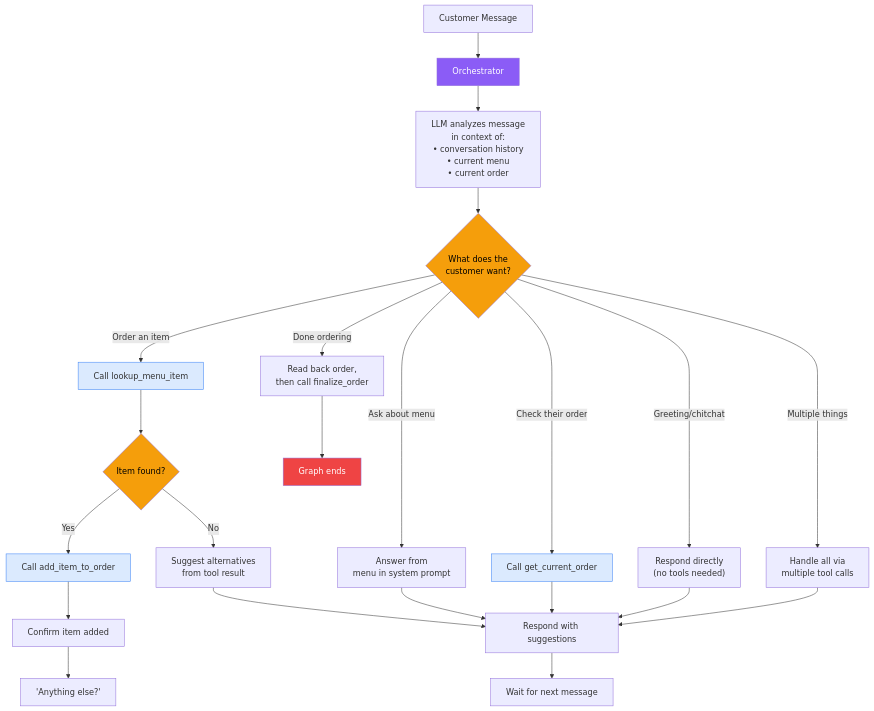
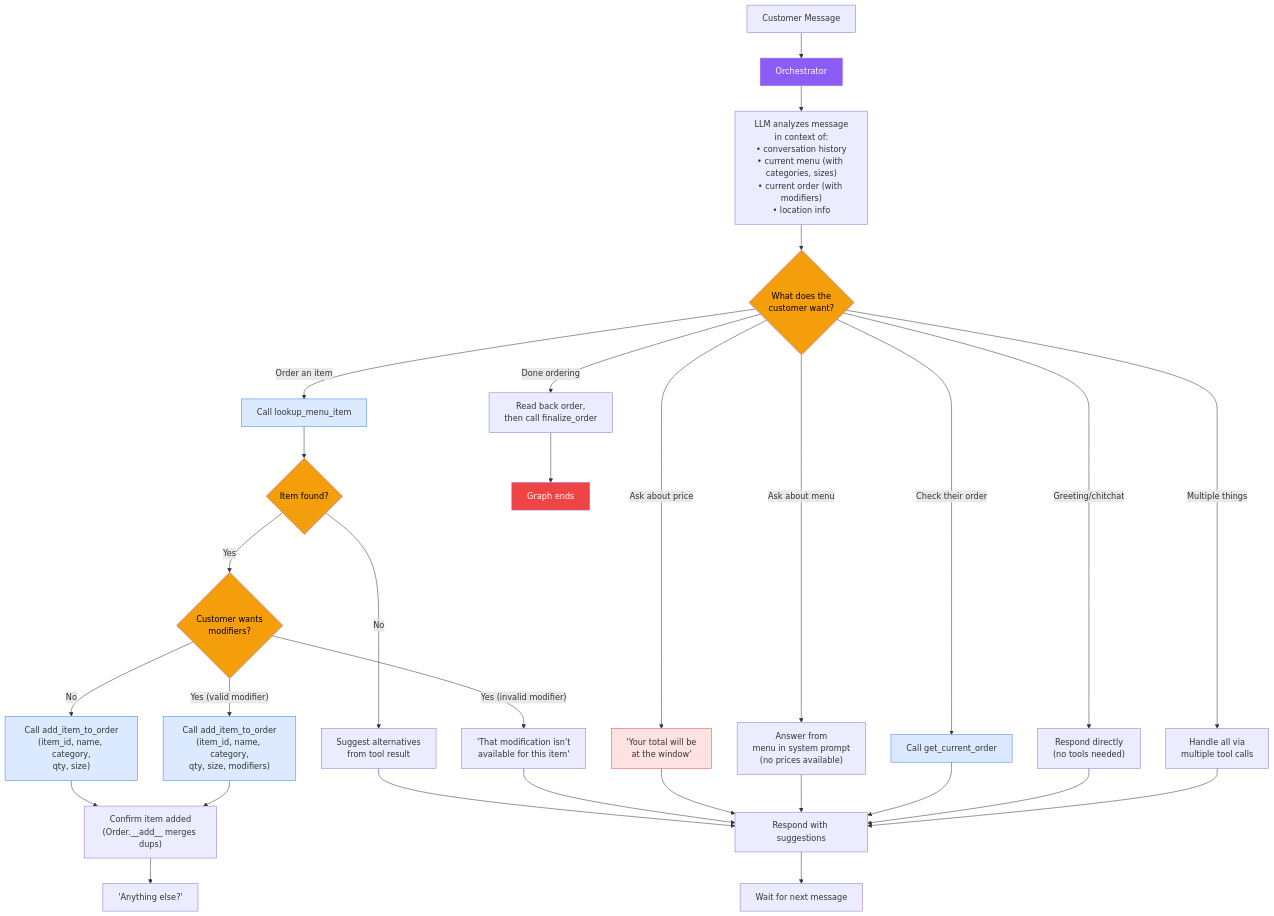
Before and after one commit to seanreed1111/mcdonalds-drive-thru-bot: the tenth of 12 diagrams in docs/thoughts/target-implementation/v1/langgraph-state-diagrams-v1.md, drawn with Mermaid. The commit also changed other lines of this file and 3 other files, not shown here.

Commit message:
adds more planning docs about state persistence. also adds Order.__add__ to add order to item

````diff
--- a/docs/thoughts/target-implementation/v1/langgraph-state-diagrams-v1.md
+++ b/docs/thoughts/target-implementation/v1/langgraph-state-diagrams-v1.md
@@ -377,39 +441,50 @@
 ```mermaid
 flowchart TD
     Input["Customer Message"] --> Orchestrator
 
-    Orchestrator --> Analyze["LLM analyzes message<br/>in context of:<br/>• conversation history<br/>• current menu<br/>• current order"]
+    Orchestrator --> Analyze["LLM analyzes message<br/>in context of:<br/>• conversation history<br/>• current menu (with categories, sizes)<br/>• current order (with modifiers)<br/>• location info"]
 
     Analyze --> WhatToDo{"What does the<br/>customer want?"}
 
     WhatToDo -->|"Order an item"| LookupFirst["Call lookup_menu_item"]
-    WhatToDo -->|"Ask about menu"| AnswerFromContext["Answer from<br/>menu in system prompt"]
+    WhatToDo -->|"Ask about menu"| AnswerFromContext["Answer from<br/>menu in system prompt<br/>(no prices available)"]
+    WhatToDo -->|"Ask about price"| NoPrice["'Your total will be<br/>at the window'"]
     WhatToDo -->|"Check their order"| CallGetOrder["Call get_current_order"]
     WhatToDo -->|"Done ordering"| ReadBack["Read back order,<br/>then call finalize_order"]
     WhatToDo -->|"Greeting/chitchat"| Respond["Respond directly<br/>(no tools needed)"]
     WhatToDo -->|"Multiple things"| HandleAll["Handle all via<br/>multiple tool calls"]
 
     LookupFirst --> Found{"Item found?"}
-    Found -->|Yes| CallAdd["Call add_item_to_order"]
+    Found -->|Yes| HasMods{"Customer wants<br/>modifiers?"}
     Found -->|No| SuggestAlt["Suggest alternatives<br/>from tool result"]
 
-    CallAdd --> ConfirmToCustomer["Confirm item added"]
+    HasMods -->|"Yes (valid modifier)"| CallAddMod["Call add_item_to_order<br/>(item_id, name, category,<br/>qty, size, modifiers)"]
+    HasMods -->|"Yes (invalid modifier)"| RejectMod["'That modification isn't<br/>available for this item'"]
+    HasMods -->|No| CallAdd["Call add_item_to_order<br/>(item_id, name, category,<br/>qty, size)"]
+
+    CallAdd --> ConfirmToCustomer["Confirm item added<br/>(Order.__add__ merges dups)"]
+    CallAddMod --> ConfirmToCustomer
     SuggestAlt --> RespondToCustomer["Respond with suggestions"]
+    RejectMod --> RespondToCustomer
+    NoPrice --> RespondToCustomer
     AnswerFromContext --> RespondToCustomer
     CallGetOrder --> RespondToCustomer
     ReadBack --> EndGraph["Graph ends"]
     Respond --> RespondToCustomer
     HandleAll --> RespondToCustomer
 
     ConfirmToCustomer --> AskAnythingElse["'Anything else?'"]
     RespondToCustomer --> WaitForNext["Wait for next message"]
 
     style Orchestrator fill:#8b5cf6,color:#fff
     style WhatToDo fill:#f59e0b,color:#000
     style Found fill:#f59e0b,color:#000
+    style HasMods fill:#f59e0b,color:#000
     style EndGraph fill:#ef4444,color:#fff
+    style NoPrice fill:#fee2e2,stroke:#ef4444
 
     style LookupFirst fill:#dbeafe,stroke:#3b82f6
     style CallAdd fill:#dbeafe,stroke:#3b82f6
+    style CallAddMod fill:#dbeafe,stroke:#3b82f6
     style CallGetOrder fill:#dbeafe,stroke:#3b82f6
 ```
````
